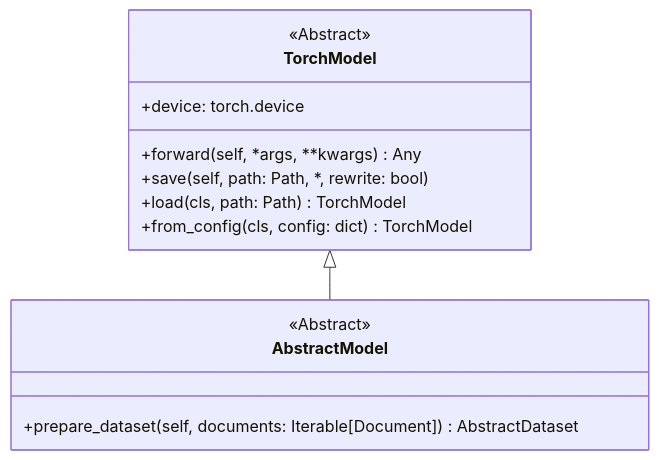
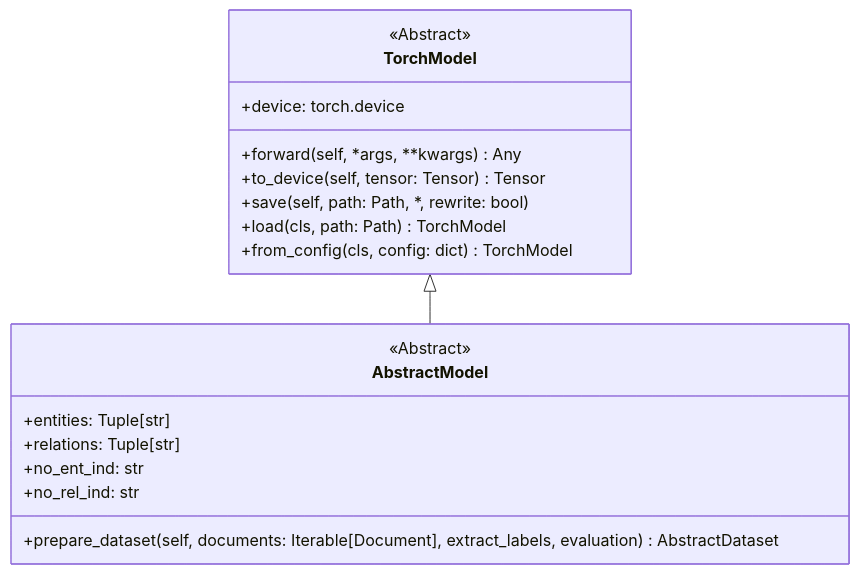
The fourth of 4 diagrams in README.md (phos-phophy/creed), drawn with Mermaid before and after one commit. The commit also changed other lines of this file, not shown here.

````diff
--- a/README.md
+++ b/README.md
@@ -148,20 +146,25 @@
 ```mermaid
 classDiagram
 direction TB
 
    class TorchModel{
       <<Abstract>>
       +device: torch.device
       +forward(self, *args, **kwargs) Any
+      +to_device(self, tensor: Tensor) Tensor
       +save(self, path: Path, *, rewrite: bool)
       +load(cls, path: Path) TorchModel
       +from_config(cls, config: dict) TorchModel
    }
    TorchModel <|-- AbstractModel
    
    class AbstractModel{
       <<Abstract>>
-      +prepare_dataset(self, documents: Iterable[Document])  AbstractDataset
+      +entities: Tuple[str]
+      +relations: Tuple[str]
+      +no_ent_ind: str
+      +no_rel_ind: str
+      +prepare_dataset(self, documents: Iterable[Document], extract_labels, evaluation)  AbstractDataset
    }
    
 ```
````
